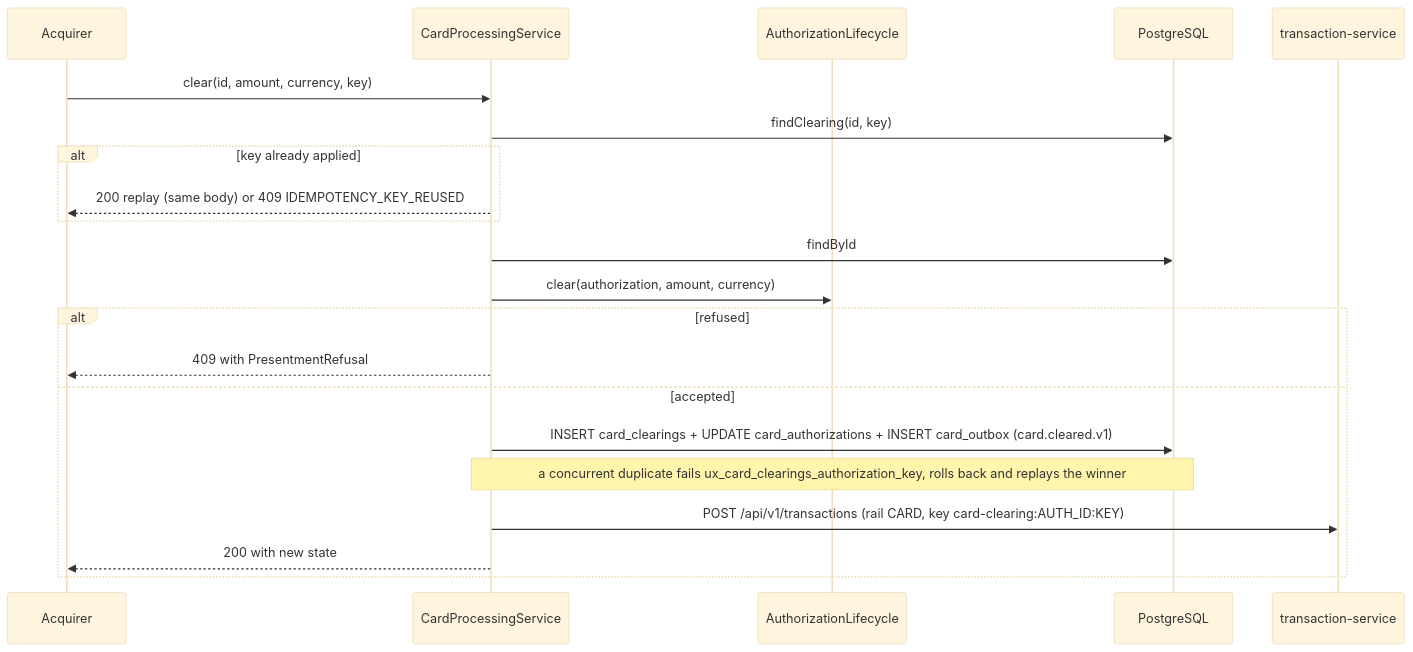
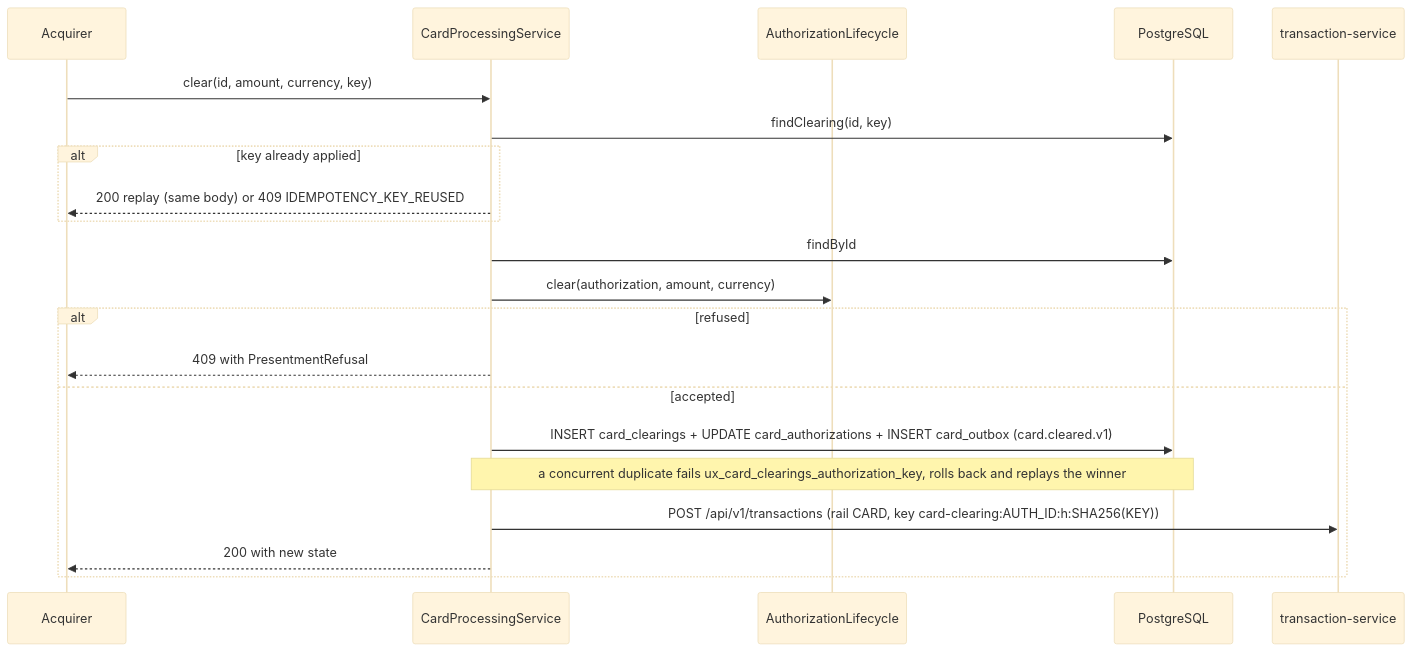
Before and after one commit to JiRaska/open-bank-oss: the fourth of 5 diagrams in openbank-card-processing-service/src/main/resources/docs/02-architecture.en.md, drawn with Mermaid (base theme). The commit also changed other lines of this file and 16 other files, not shown here.

First line of the commit message:
fix(card-processing): gate every authorisation write and always hash the ledger key

````diff
--- a/openbank-card-processing-service/src/main/resources/docs/02-architecture.en.md
+++ b/openbank-card-processing-service/src/main/resources/docs/02-architecture.en.md
@@ -123,24 +123,24 @@
 ```mermaid
 sequenceDiagram
   participant A as Acquirer
   participant S as CardProcessingService
   participant L as AuthorizationLifecycle
   participant DB as PostgreSQL
   participant T as transaction-service
 
   A->>S: clear(id, amount, currency, key)
   S->>DB: findClearing(id, key)
   alt key already applied
     S-->>A: 200 replay (same body) or 409 IDEMPOTENCY_KEY_REUSED
   end
   S->>DB: findById
   S->>L: clear(authorization, amount, currency)
   alt refused
     S-->>A: 409 with PresentmentRefusal
   else accepted
     S->>DB: INSERT card_clearings + UPDATE card_authorizations + INSERT card_outbox (card.cleared.v1)
     Note over S,DB: a concurrent duplicate fails ux_card_clearings_authorization_key, rolls back and replays the winner
-    S->>T: POST /api/v1/transactions (rail CARD, key card-clearing:AUTH_ID:KEY)
+    S->>T: POST /api/v1/transactions (rail CARD, key card-clearing:AUTH_ID:h:SHA256(KEY))
     S-->>A: 200 with new state
   end
 ```
````
